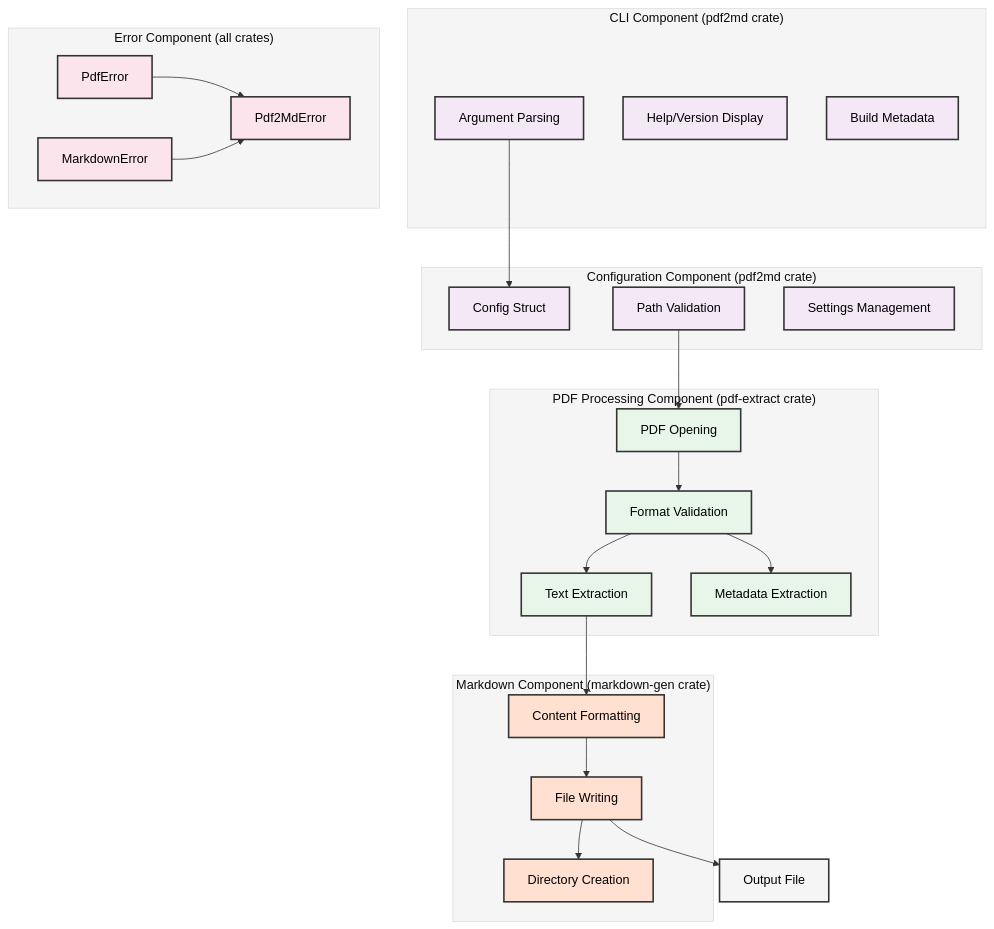
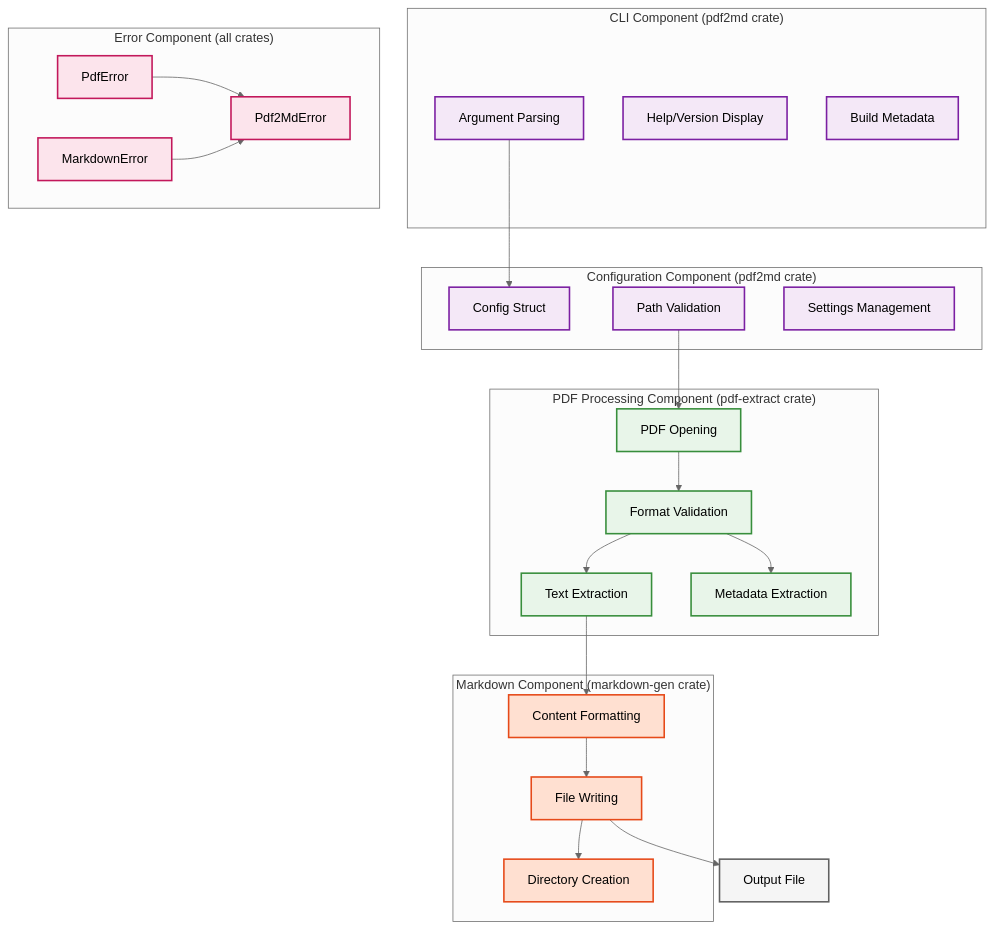
Before and after one commit to softwarewrighter/pdf2md: the third of 8 diagrams in wiki/Architecture-Diagrams.md, drawn with Mermaid. The commit also changed other lines of this file and 7 other files, not shown here.

First line of the commit message:
fix: update mermaid diagrams for GitHub dark mode compatibility

````diff
--- a/wiki/Architecture-Diagrams.md
+++ b/wiki/Architecture-Diagrams.md
@@ -108,65 +108,65 @@
 ```mermaid
-%%{init: {'theme':'base', 'themeVariables': {'primaryColor':'#f5f5f5','primaryTextColor':'#000','primaryBorderColor':'#333','lineColor':'#333','secondaryColor':'#f5f5f5','tertiaryColor':'#f5f5f5'}}}%%
+%%{init: {'theme':'neutral'}}%%
 graph TB
     subgraph "CLI Component (pdf2md crate)"
         A1[Argument Parsing]
         A2[Help/Version Display]
         A3[Build Metadata]
     end
 
     subgraph "Configuration Component (pdf2md crate)"
         B1[Config Struct]
         B2[Path Validation]
         B3[Settings Management]
     end
 
     subgraph "PDF Processing Component (pdf-extract crate)"
         C1[PDF Opening]
         C2[Format Validation]
         C3[Text Extraction]
         C4[Metadata Extraction]
     end
 
     subgraph "Markdown Component (markdown-gen crate)"
         D1[Content Formatting]
         D2[File Writing]
         D3[Directory Creation]
     end
 
     subgraph "Error Component (all crates)"
         E1[PdfError]
         E2[MarkdownError]
         E3[Pdf2MdError]
     end
 
     A1 --> B1
     B2 --> C1
     C3 --> D1
     D2 --> K[Output File]
 
     C1 --> C2
     C2 --> C3
     C2 --> C4
     D1 --> D2
     D2 --> D3
     E1 --> E3
     E2 --> E3
 
-    style A1 fill:#f4e8f7,stroke:#333,stroke-width:2px,color:#000
-    style A2 fill:#f4e8f7,stroke:#333,stroke-width:2px,color:#000
-    style A3 fill:#f4e8f7,stroke:#333,stroke-width:2px,color:#000
-    style B1 fill:#f4e8f7,stroke:#333,stroke-width:2px,color:#000
-    style B2 fill:#f4e8f7,stroke:#333,stroke-width:2px,color:#000
-    style B3 fill:#f4e8f7,stroke:#333,stroke-width:2px,color:#000
-    style C1 fill:#e8f5e9,stroke:#333,stroke-width:2px,color:#000
-    style C2 fill:#e8f5e9,stroke:#333,stroke-width:2px,color:#000
-    style C3 fill:#e8f5e9,stroke:#333,stroke-width:2px,color:#000
-    style C4 fill:#e8f5e9,stroke:#333,stroke-width:2px,color:#000
-    style D1 fill:#ffe0d1,stroke:#333,stroke-width:2px,color:#000
-    style D2 fill:#ffe0d1,stroke:#333,stroke-width:2px,color:#000
-    style D3 fill:#ffe0d1,stroke:#333,stroke-width:2px,color:#000
-    style E1 fill:#fce4ec,stroke:#333,stroke-width:2px,color:#000
-    style E2 fill:#fce4ec,stroke:#333,stroke-width:2px,color:#000
-    style E3 fill:#fce4ec,stroke:#333,stroke-width:2px,color:#000
-    style K fill:#f5f5f5,stroke:#333,stroke-width:2px,color:#000
+    style A1 fill:#f4e8f7,stroke:#7b1fa2,stroke-width:2px
+    style A2 fill:#f4e8f7,stroke:#7b1fa2,stroke-width:2px
+    style A3 fill:#f4e8f7,stroke:#7b1fa2,stroke-width:2px
+    style B1 fill:#f4e8f7,stroke:#7b1fa2,stroke-width:2px
+    style B2 fill:#f4e8f7,stroke:#7b1fa2,stroke-width:2px
+    style B3 fill:#f4e8f7,stroke:#7b1fa2,stroke-width:2px
+    style C1 fill:#e8f5e9,stroke:#388e3c,stroke-width:2px
+    style C2 fill:#e8f5e9,stroke:#388e3c,stroke-width:2px
+    style C3 fill:#e8f5e9,stroke:#388e3c,stroke-width:2px
+    style C4 fill:#e8f5e9,stroke:#388e3c,stroke-width:2px
+    style D1 fill:#ffe0d1,stroke:#e64a19,stroke-width:2px
+    style D2 fill:#ffe0d1,stroke:#e64a19,stroke-width:2px
+    style D3 fill:#ffe0d1,stroke:#e64a19,stroke-width:2px
+    style E1 fill:#fce4ec,stroke:#c2185b,stroke-width:2px
+    style E2 fill:#fce4ec,stroke:#c2185b,stroke-width:2px
+    style E3 fill:#fce4ec,stroke:#c2185b,stroke-width:2px
+    style K fill:#f5f5f5,stroke:#616161,stroke-width:2px
 ```
````
